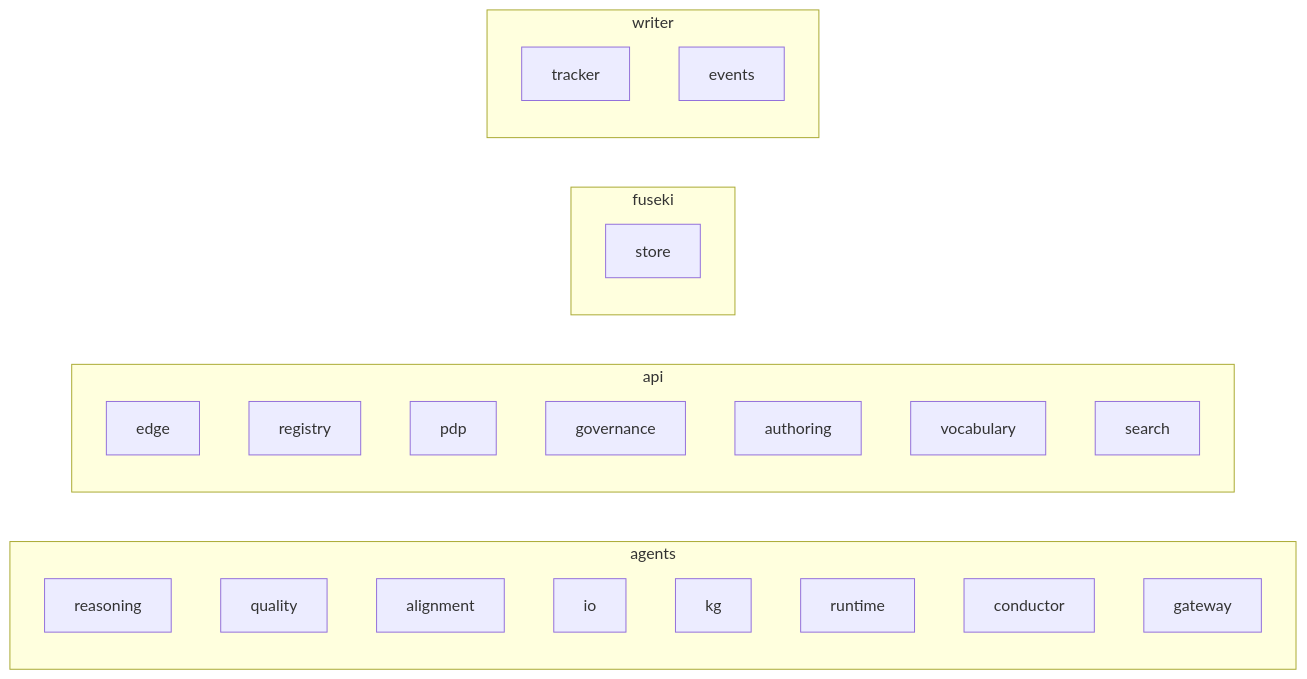
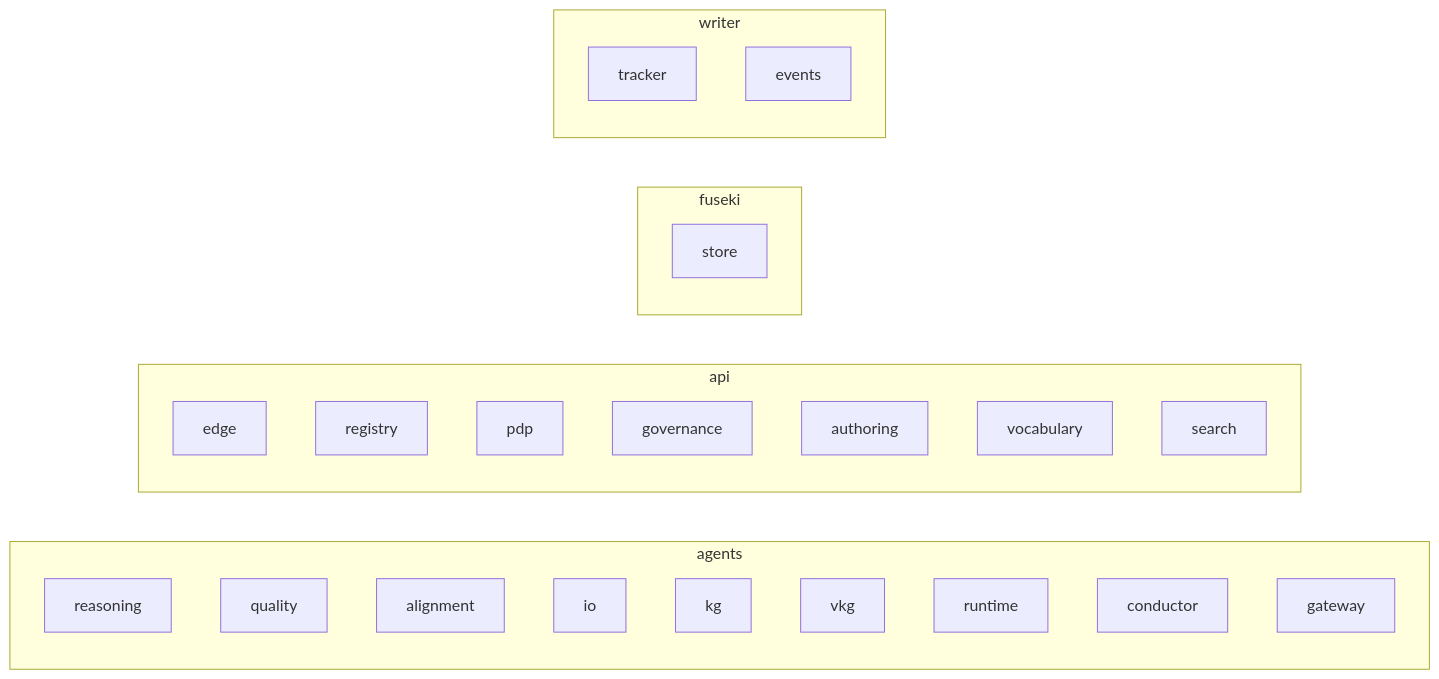
The diagram in sip/architecture/generated/diagrams/deployment.mmd (marcinwizgird/ontology-engineering), drawn with Mermaid before and after one commit. The commit also changed 100 other files, not shown here.

```diff
--- a/sip/architecture/generated/diagrams/deployment.mmd
+++ b/sip/architecture/generated/diagrams/deployment.mmd
@@ -1,27 +1,28 @@
 flowchart LR
   subgraph agents_node["agents"]
     reasoning
     quality
     alignment
     io
     kg
+    vkg
     runtime
     conductor
     gateway
   end
   subgraph api_node["api"]
     edge
     registry
     pdp
     governance
     authoring
     vocabulary
     search
   end
   subgraph fuseki_node["fuseki"]
     store
   end
   subgraph writer_node["writer"]
     tracker
     events
   end
```
